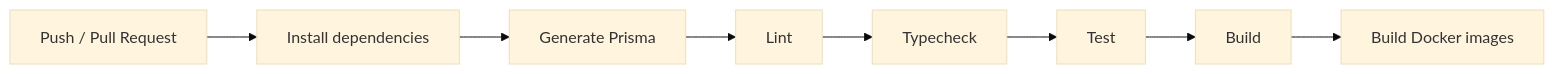
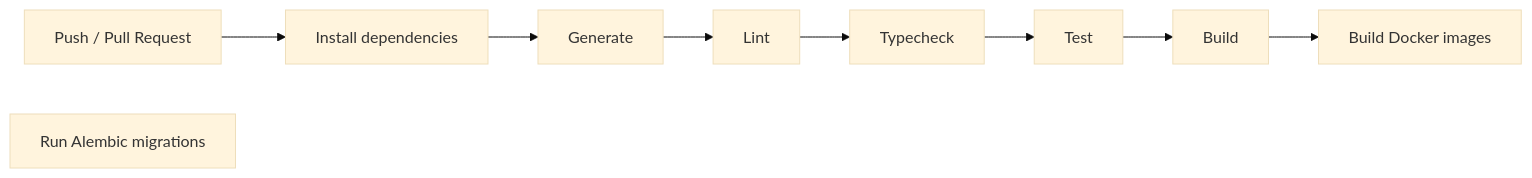
One commit to Ashish0555/ShopScale changed the fifth of 5 diagrams in README.md. Above: the diagram before and after it, drawn with Mermaid (base theme). The commit also changed other lines of this file and 146 other files, not shown here.

````diff
--- a/README.md
+++ b/README.md
@@ -1078,13 +1067,13 @@
 ```mermaid
 flowchart LR
     Push[Push / Pull Request]
     Install[Install dependencies]
-    Generate[Generate Prisma]
+    Migrate[Run Alembic migrations]
     Lint[Lint]
     Typecheck[Typecheck]
     Test[Test]
     Build[Build]
     Docker[Build Docker images]
 
     Push --> Install --> Generate --> Lint --> Typecheck --> Test --> Build --> Docker
 ```
````
